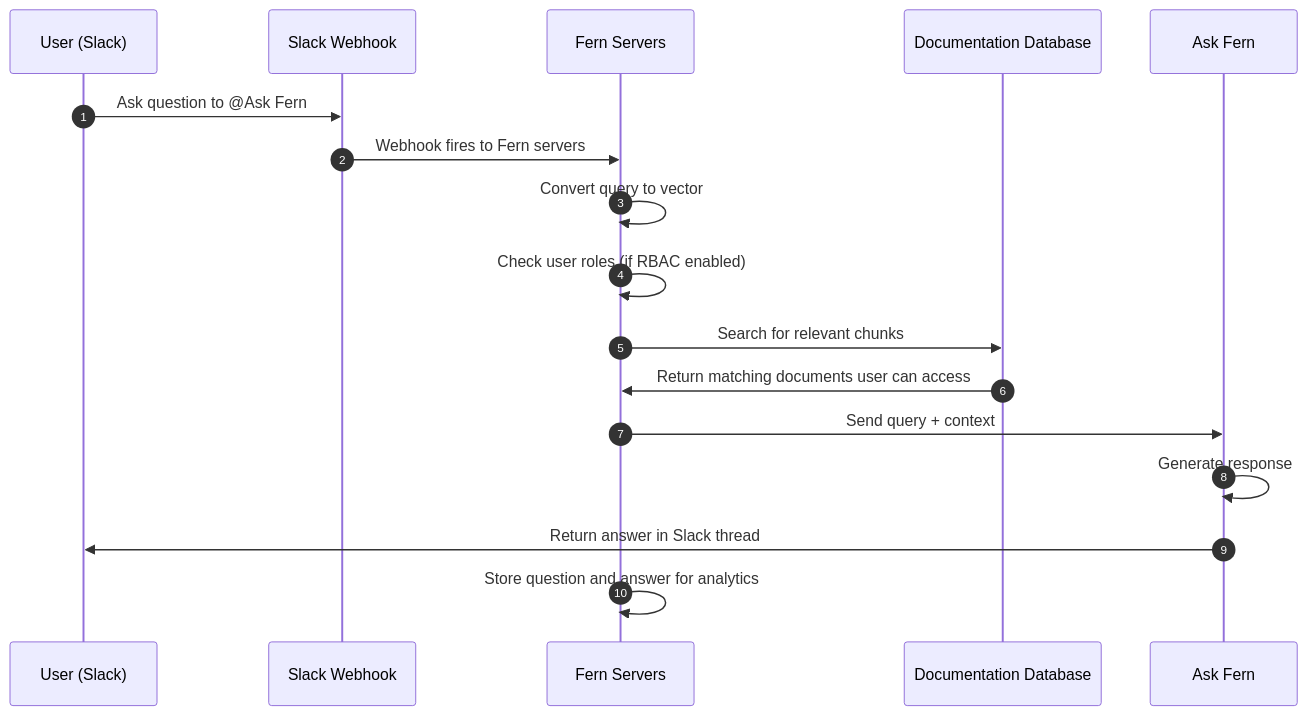
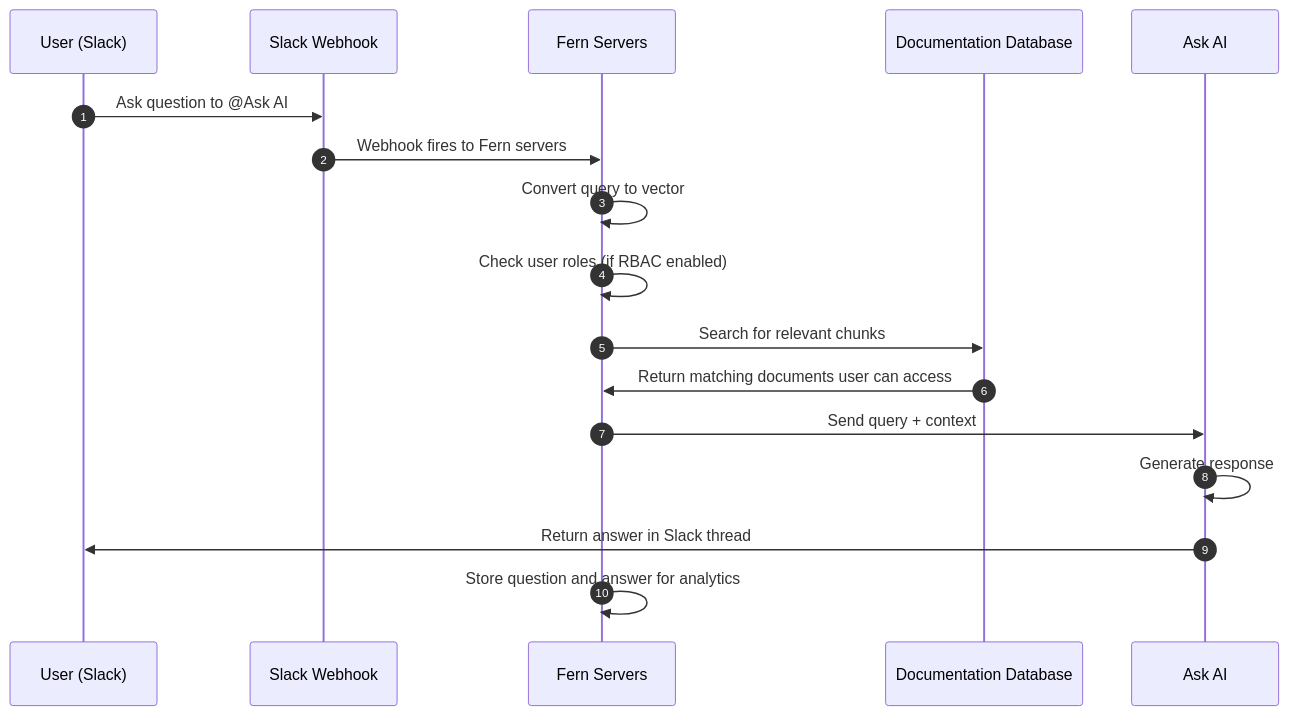
One commit to fern-api/docs changed the diagram in fern/products/docs/pages/ask-fern/slack-app.mdx. Above: the diagram before and after it, drawn with Mermaid. The commit also changed other lines of this file and 65 other files, not shown here.

First line of the commit message:
Rebrand Ask Fern to Ask AI throughout docs; replace home page Ask Fern card with CLI Generator

````diff
--- a/fern/products/docs/pages/ask-fern/slack-app.mdx
+++ b/fern/products/docs/pages/ask-fern/slack-app.mdx
@@ -146,20 +146,21 @@
 ```mermaid
 sequenceDiagram
   autonumber
     participant U as User (Slack)
     participant S as Slack Webhook
     participant F as Fern Servers
     participant V as Documentation Database
-    participant A as Ask Fern
+    participant A as Ask AI
 
-    U->>S: Ask question to @Ask Fern
+    U->>S: Ask question to @Ask AI
     S->>F: Webhook fires to Fern servers
     F->>F: Convert query to vector
     F->>F: Check user roles (if RBAC enabled)
     F->>V: Search for relevant chunks
     V->>F: Return matching documents user can access
     F->>A: Send query + context
     A->>A: Generate response
     A->>U: Return answer in Slack thread
     F->>F: Store question and answer for analytics
+
 ```
````
